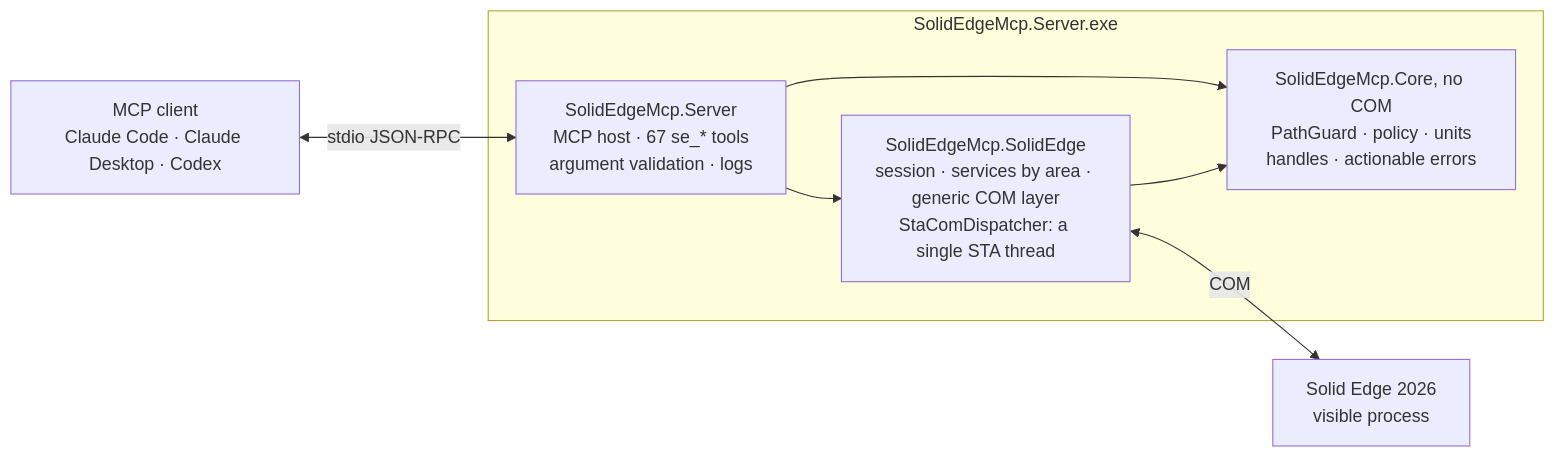
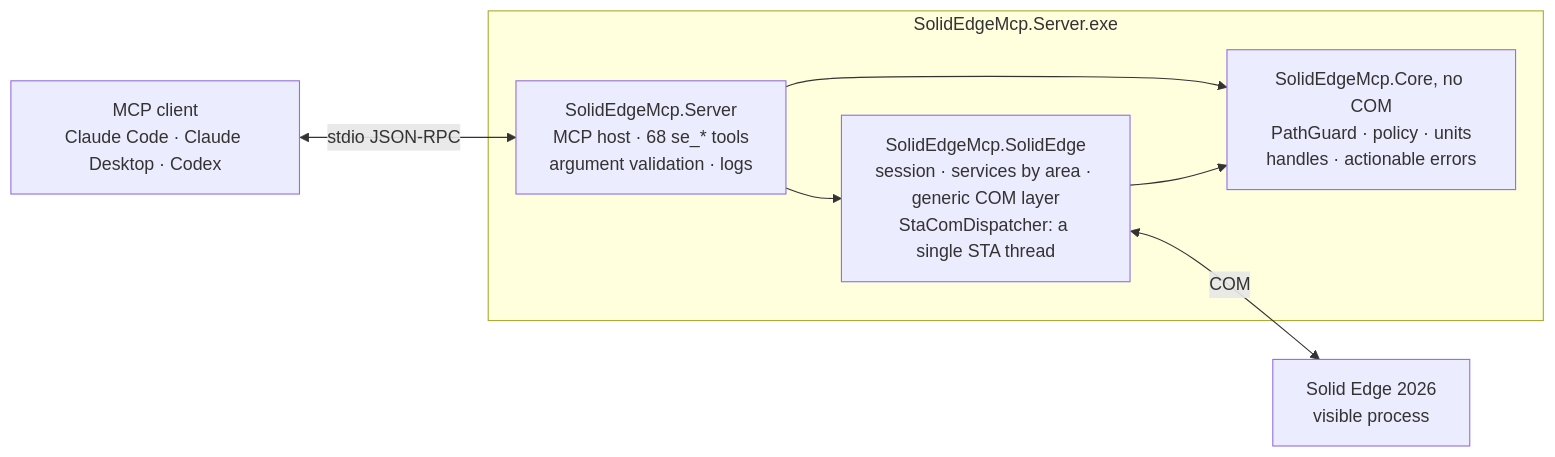
Before and after one commit to gabichuuuuu/solid-edge-mcp: the diagram in README.md, drawn with Mermaid. The commit also changed other lines of this file and 12 other files, not shown here.

````diff
--- a/README.md
+++ b/README.md
@@ -311,18 +312,18 @@
 ```mermaid
 flowchart LR
     client["MCP client<br/>Claude Code · Claude Desktop · Codex"]
 
     subgraph exe ["SolidEdgeMcp.Server.exe"]
-        server["SolidEdgeMcp.Server<br/>MCP host · 67 se_* tools<br/>argument validation · logs"]
+        server["SolidEdgeMcp.Server<br/>MCP host · 68 se_* tools<br/>argument validation · logs"]
         se["SolidEdgeMcp.SolidEdge<br/>session · services by area · generic COM layer<br/>StaComDispatcher: a single STA thread"]
         core["SolidEdgeMcp.Core, no COM<br/>PathGuard · policy · units<br/>handles · actionable errors"]
         server --> se
         server --> core
         se --> core
     end
 
     app["Solid Edge 2026<br/>visible process"]
 
     client <-->|stdio JSON-RPC| server
     se <-->|COM| app
 ```
````
